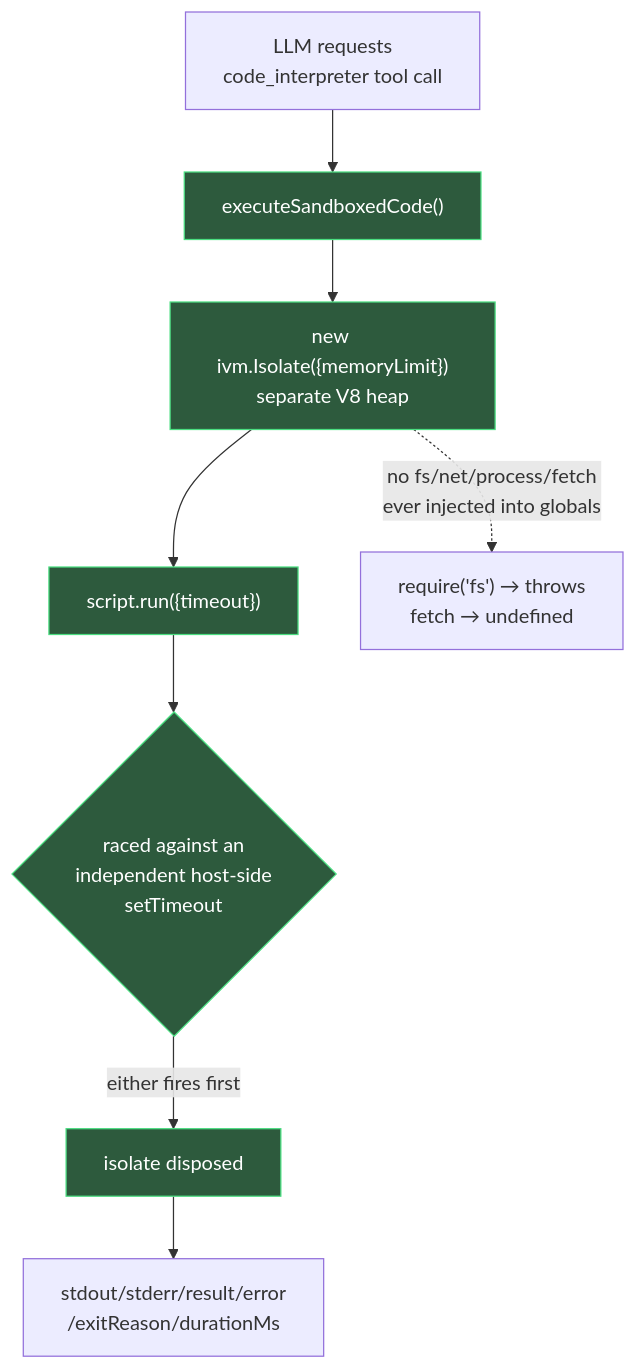
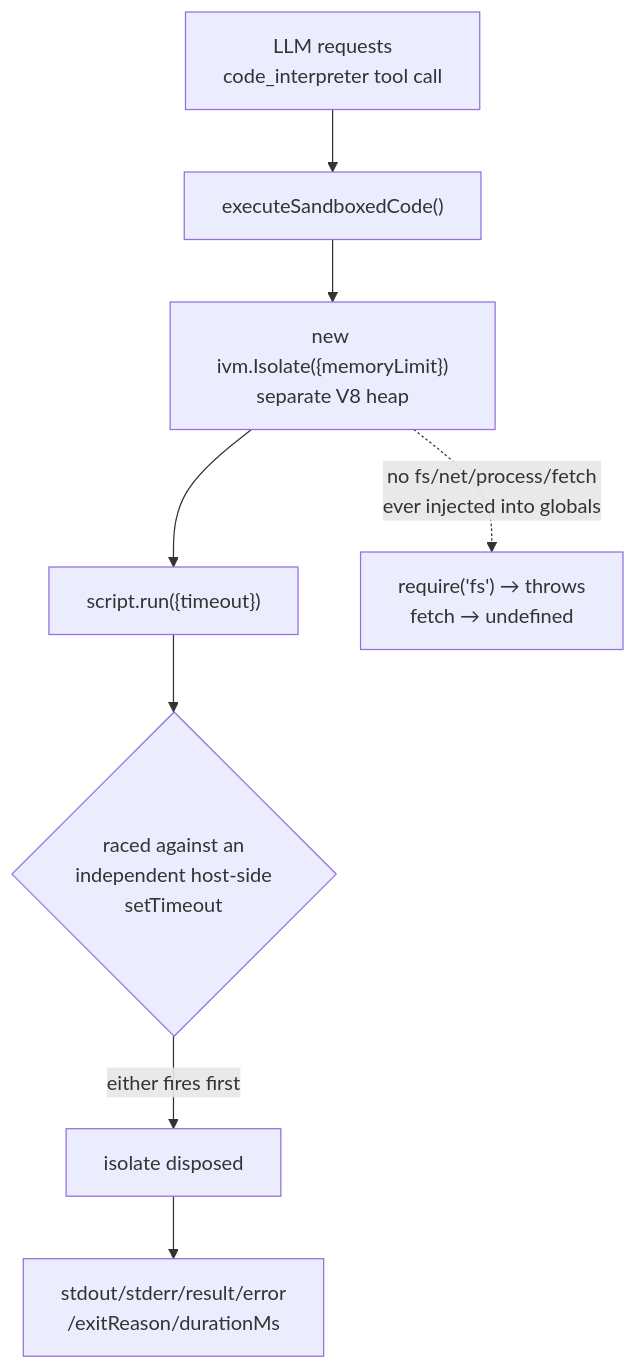
Before and after one commit to Shrikant92Bhatt/chat-bot: the fourth of 7 diagrams in architecture.md, drawn with Mermaid. The commit also changed other lines of this file and 3 other files, not shown here.

````diff
--- a/architecture.md
+++ b/architecture.md
@@ -129,13 +143,10 @@
 ```mermaid
 flowchart TB
     LLM["LLM requests<br/>code_interpreter tool call"] --> Sandbox["executeSandboxedCode()"]
     Sandbox --> Isolate["new ivm.Isolate({memoryLimit})<br/>separate V8 heap"]
     Isolate --> Run["script.run({timeout})"]
     Run --> Race{"raced against an<br/>independent host-side<br/>setTimeout"}
     Race -->|either fires first| Dispose["isolate disposed"]
     Isolate -.no fs/net/process/fetch<br/>ever injected into globals.-> Blocked["require('fs') → throws<br/>fetch → undefined"]
     Dispose --> Result["stdout/stderr/result/error<br/>/exitReason/durationMs"]
-
-    classDef new fill:#2d5a3d,stroke:#4ade80,color:#fff
-    class Sandbox,Isolate,Run,Race,Dispose new
 ```
````
